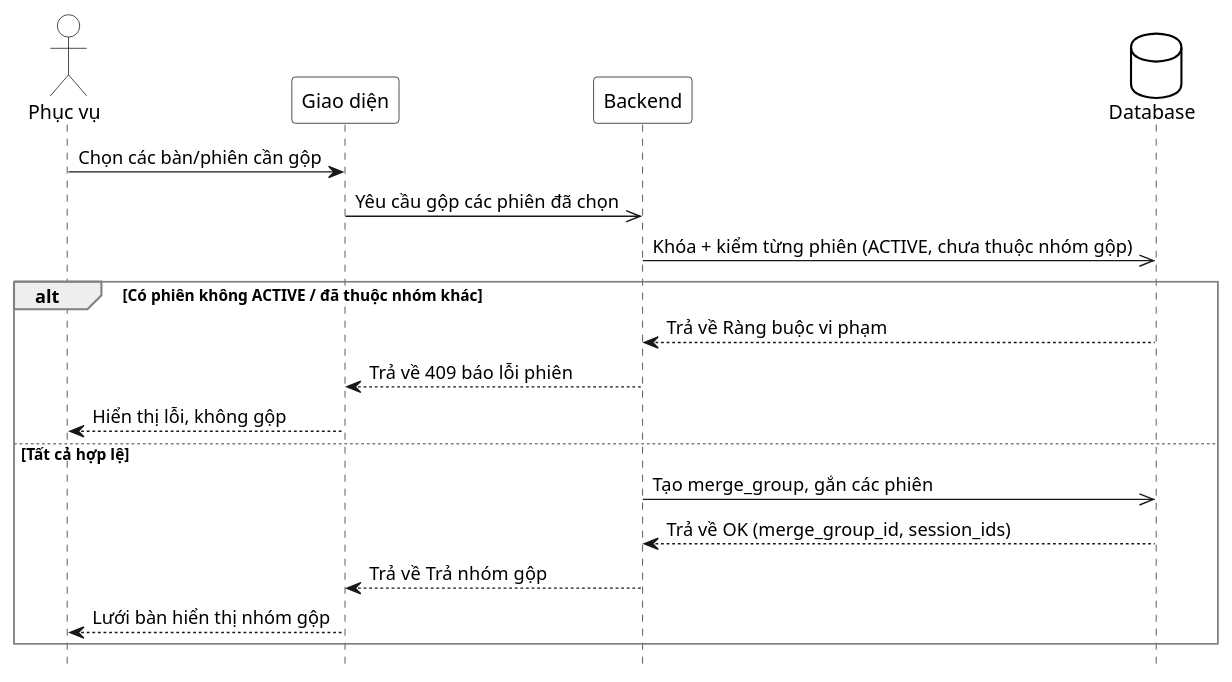
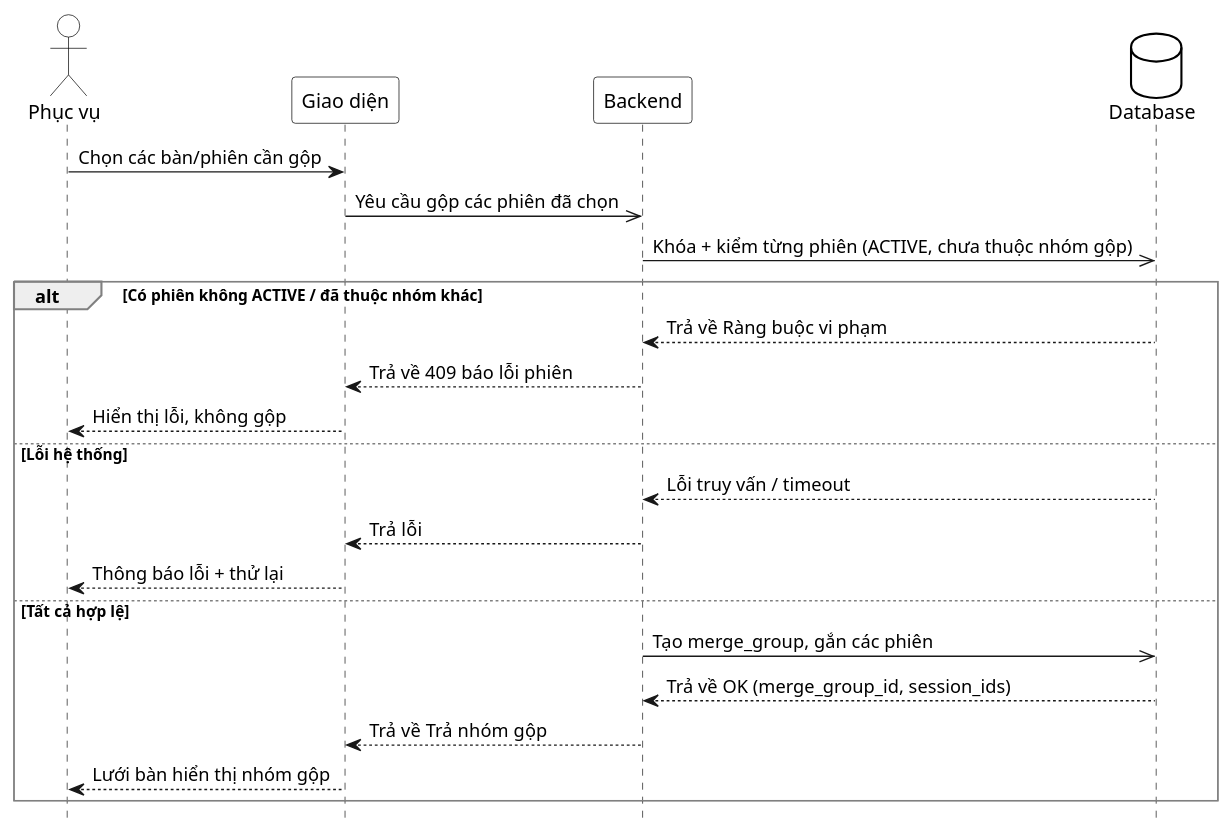
The first of 2 diagrams in docs/use-cases/uc-phuc-vu-32-gop-phien.md (thanhhoa3514/restaurant-management), drawn with PlantUML before and after one commit. The commit also changed other lines of this file and 98 other files, not shown here.

````diff
--- a/docs/use-cases/uc-phuc-vu-32-gop-phien.md
+++ b/docs/use-cases/uc-phuc-vu-32-gop-phien.md
@@ -54,38 +68,42 @@
 ```plantuml
 @startuml
 hide footbox
 skinparam participant {
  BackgroundColor White
  BorderColor Black
 }
 skinparam actor {
  BackgroundColor White
  BorderColor Black
 }
 skinparam database {
  BackgroundColor White
  BorderColor Black
 }
 skinparam sequenceGroupBorderThickness 1
 skinparam sequenceGroupBorderColor Gray
 actor "Phục vụ" as A
 participant "Giao diện" as UI
 participant "Backend" as BE
 database "Database" as DB
 
 A -> UI : Chọn các bàn/phiên cần gộp
 UI ->> BE : Yêu cầu gộp các phiên đã chọn
 BE ->> DB : Khóa + kiểm từng phiên (ACTIVE, chưa thuộc nhóm gộp)
 
 alt Có phiên không ACTIVE / đã thuộc nhóm khác
  DB --> BE : Trả về Ràng buộc vi phạm
  BE --> UI : Trả về 409 báo lỗi phiên
  UI --> A : Hiển thị lỗi, không gộp
+else Lỗi hệ thống
+ DB --> BE : Lỗi truy vấn / timeout
+ BE --> UI : Trả lỗi
+ UI --> A : Thông báo lỗi + thử lại
 else Tất cả hợp lệ
  BE ->> DB : Tạo merge_group, gắn các phiên
  DB --> BE : Trả về OK (merge_group_id, session_ids)
  BE --> UI : Trả về Trả nhóm gộp
  UI --> A : Lưới bàn hiển thị nhóm gộp
 end
 @enduml
 ```
````
